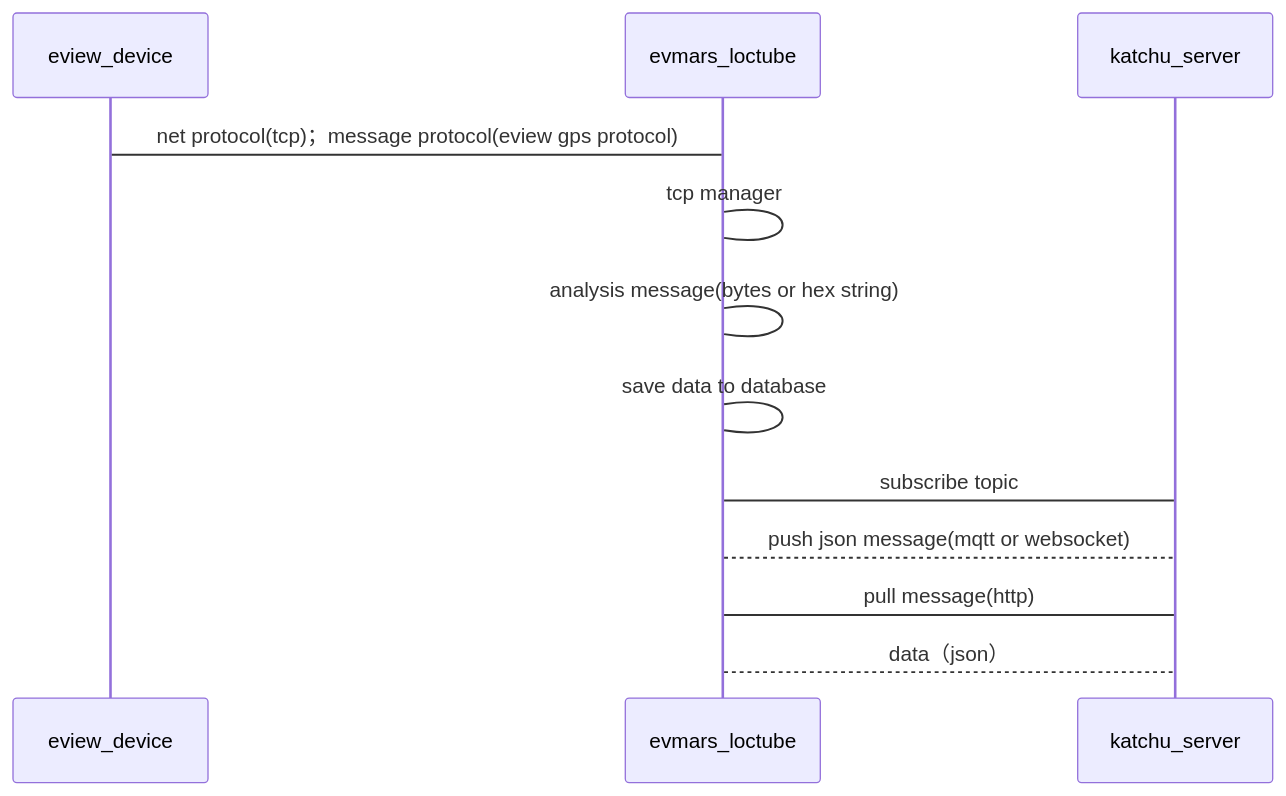
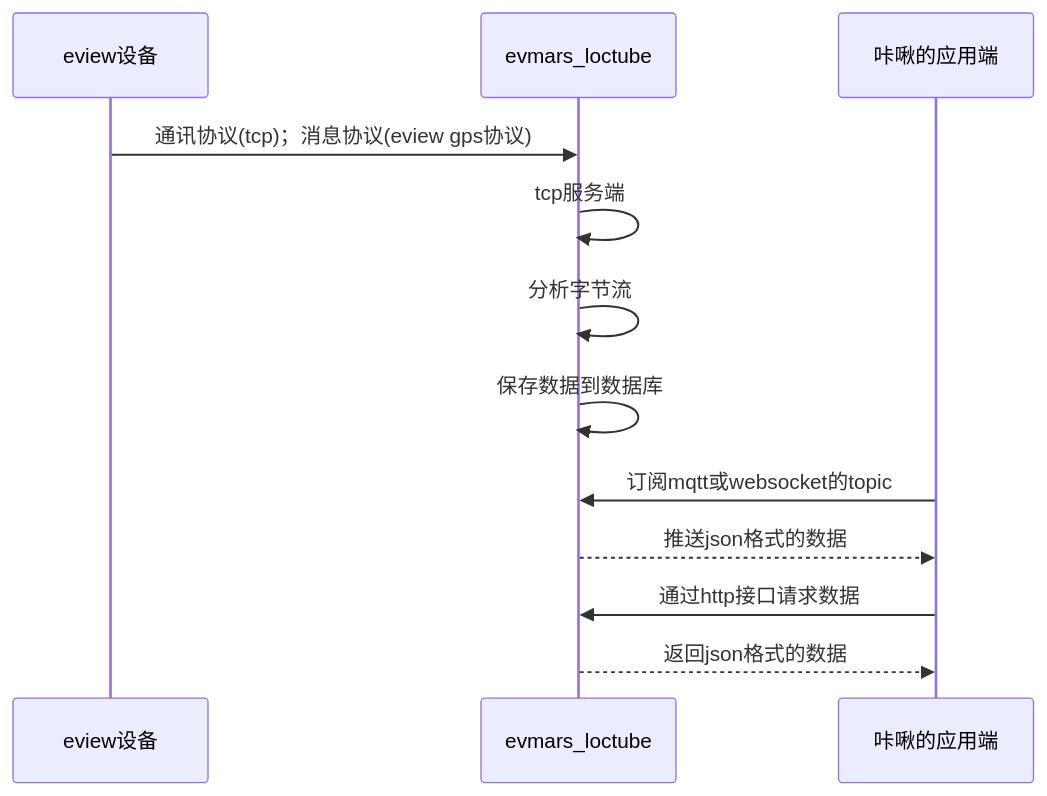
One commit to zeje/EviewCloudDoc changed the second of 2 diagrams in src/zh/sequenceDiagram/loctube.md. Above: the diagram before and after it, drawn with Mermaid. The commit also changed other lines of this file and 39 other files, not shown here.

````diff
--- a/src/zh/sequenceDiagram/loctube.md
+++ b/src/zh/sequenceDiagram/loctube.md
@@ -22,19 +26,19 @@
 ```mermaid
 
     sequenceDiagram
-    participant device as eview_device
+    participant device as eview设备
     participant loctube as evmars_loctube
-    participant app as katchu_server
+    participant app as 咔啾的应用端
 
-    device -> loctube: net protocol(tcp)；message protocol(eview gps protocol)
-    loctube -> loctube: tcp manager
-    loctube -> loctube: analysis message(bytes or hex string)
-    loctube -> loctube: save data to database
+    device ->> loctube: 通讯协议(tcp)；消息协议(eview gps协议)
+    loctube ->> loctube: tcp服务端
+    loctube ->> loctube: 分析字节流
+    loctube ->> loctube: 保存数据到数据库
 
-    app -> loctube : subscribe topic
-    loctube --> app : push json message(mqtt or websocket)
+    app ->> loctube : 订阅mqtt或websocket的topic
+    loctube -->> app : 推送json格式的数据
 
-    app -> loctube : pull message(http)
-    loctube --> app: data（json）
+    app ->> loctube : 通过http接口请求数据
+    loctube -->> app: 返回json格式的数据
 
 ```
````
